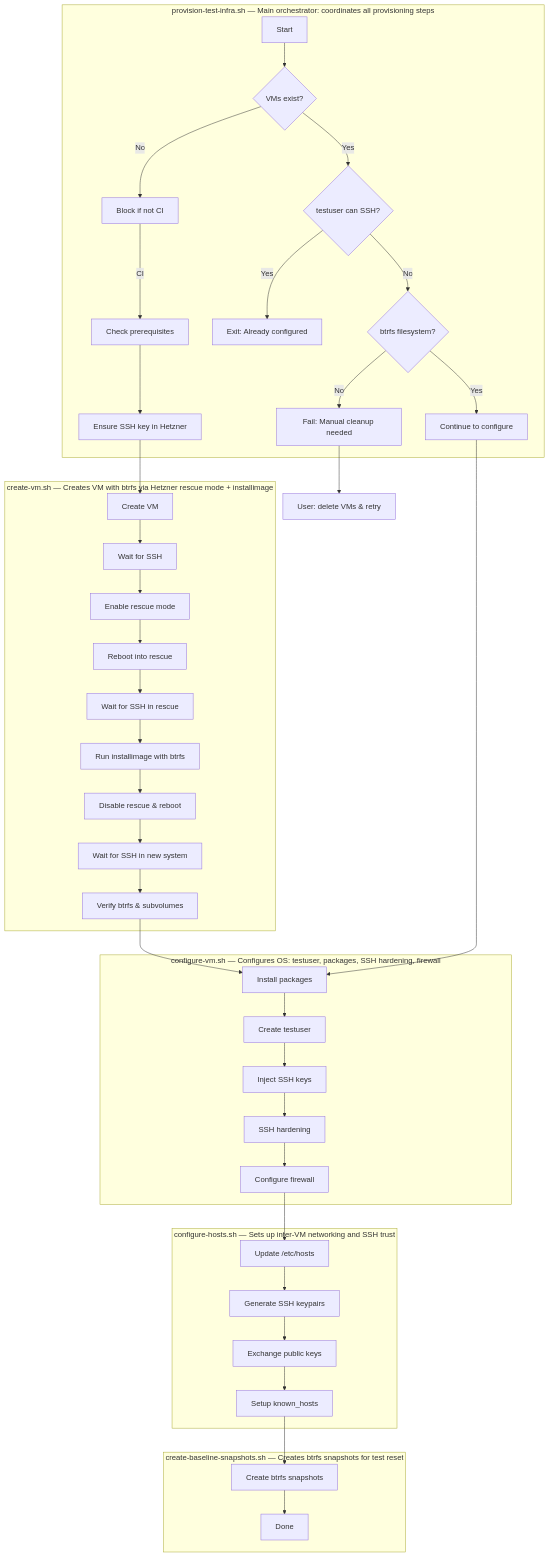
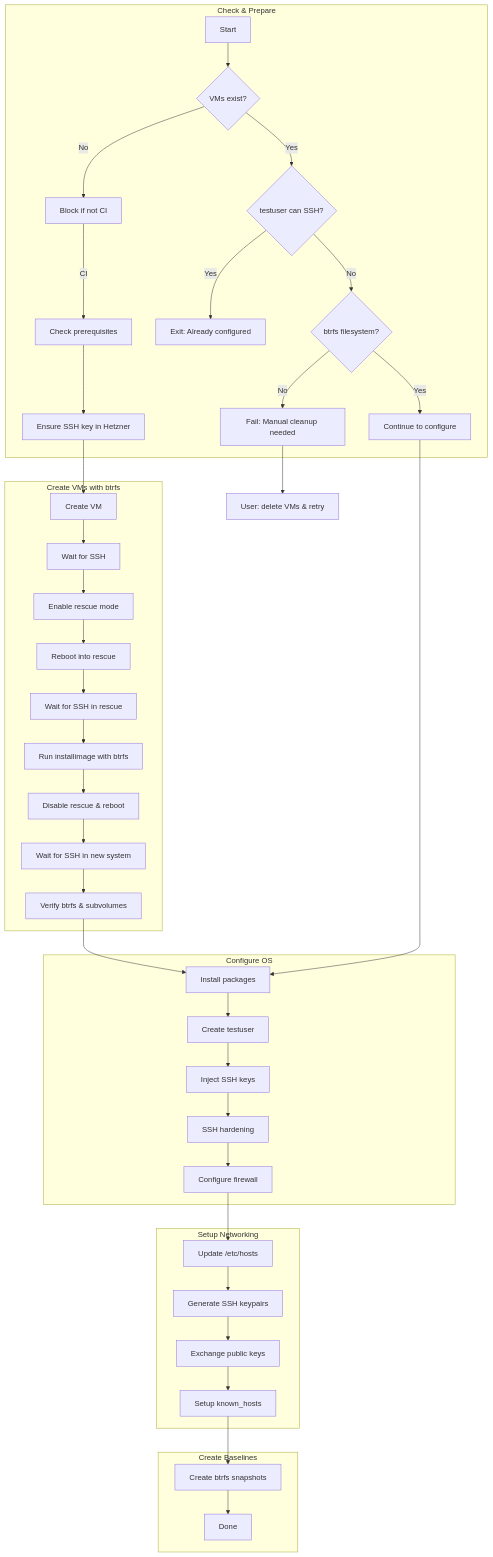
Before and after one commit to flaksit/pc-switcher: the diagram in docs/testing-infrastructure.md, drawn with Mermaid. The commit also changed other lines of this file, not shown here.

Commit message:
fix: improve flowchart readability in testing-infrastructure.md
Replace long subgraph labels with concise descriptions and add a companion
reference table. This makes the diagram clearer and eliminates text truncation
issues when rendered. The table provides full script names and detailed
descriptions for reference.

- Change subgraph labels to short, descriptive text
- Add "Provisioning Stage Descriptions" table below diagram
- Remove redundant icon column

````diff
--- a/docs/testing-infrastructure.md
+++ b/docs/testing-infrastructure.md
@@ -17,49 +17,49 @@
 ```mermaid
 flowchart TD
-    subgraph prov["provision-test-infra.sh — Main orchestrator: coordinates all provisioning steps"]
+    subgraph prov["Check & Prepare"]
         A[Start] --> B{VMs exist?}
         B -->|No| C[Block if not CI]
         B -->|Yes| D{testuser can SSH?}
         D -->|Yes| E[Exit: Already configured]
         D -->|No| F{btrfs filesystem?}
         F -->|No| G[Fail: Manual cleanup needed]
         F -->|Yes| H[Continue to configure]
         C -->|CI| I[Check prerequisites]
         I --> J[Ensure SSH key in Hetzner]
     end
 
-    subgraph createvm["create-vm.sh — Creates VM with btrfs via Hetzner rescue mode + installimage"]
+    subgraph createvm["Create VMs with btrfs"]
         J --> K[Create VM]
         K --> L[Wait for SSH]
         L --> M[Enable rescue mode]
         M --> N[Reboot into rescue]
         N --> O[Wait for SSH in rescue]
         O --> P[Run installimage with btrfs]
         P --> Q[Disable rescue & reboot]
         Q --> R[Wait for SSH in new system]
         R --> S[Verify btrfs & subvolumes]
     end
 
-    subgraph configvm["configure-vm.sh — Configures OS: testuser, packages, SSH hardening, firewall"]
+    subgraph configvm["Configure OS"]
         S --> T[Install packages]
         T --> U[Create testuser]
         U --> V[Inject SSH keys]
         V --> W[SSH hardening]
         W --> X[Configure firewall]
     end
 
-    subgraph confighosts["configure-hosts.sh — Sets up inter-VM networking and SSH trust"]
+    subgraph confighosts["Setup Networking"]
         X --> Y[Update /etc/hosts]
         Y --> Z[Generate SSH keypairs]
         Z --> AA[Exchange public keys]
         AA --> AB[Setup known_hosts]
     end
 
-    subgraph snapshots["create-baseline-snapshots.sh — Creates btrfs snapshots for test reset"]
+    subgraph snapshots["Create Baselines"]
         AB --> AC[Create btrfs snapshots]
         AC --> AD[Done]
     end
 
     H --> T
     G --> AE[User: delete VMs & retry]
 ```
````
